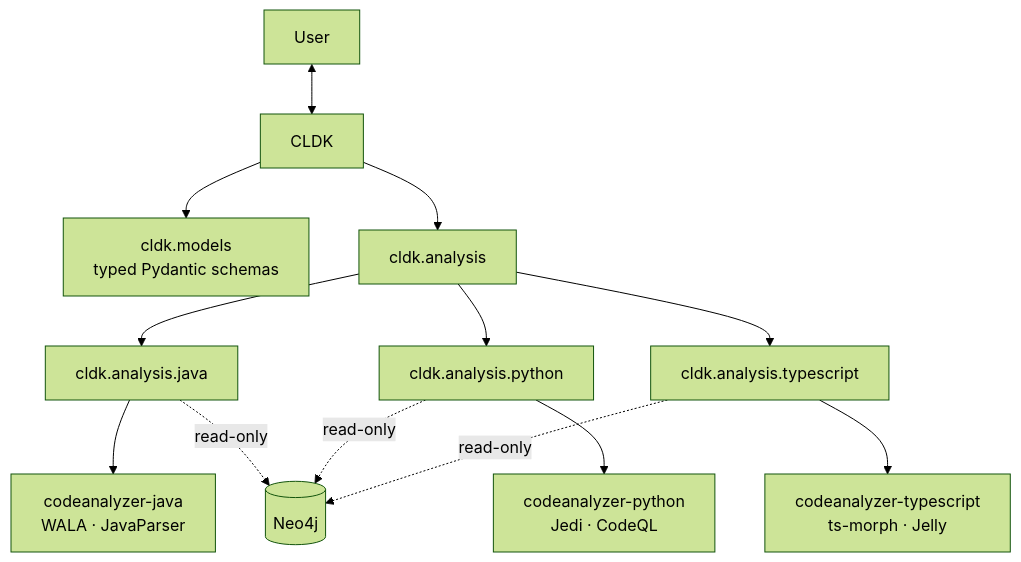
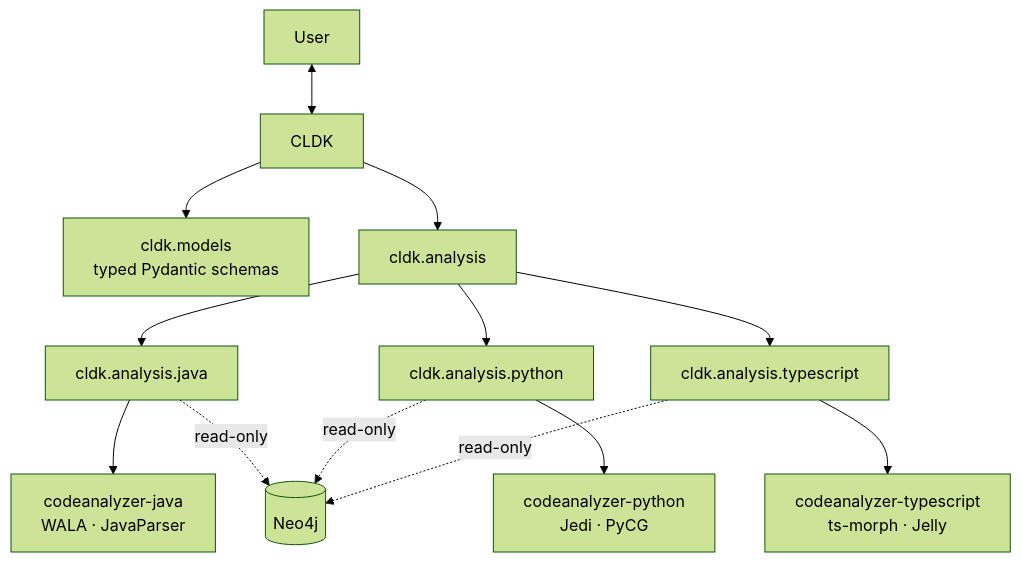
One commit to codellm-devkit/python-sdk changed the diagram in README.md. Above: the diagram before and after it, drawn with Mermaid (forest theme). The commit also changed other lines of this file and 12 other files, not shown here.

First line of the commit message:
feat/python: upgrade to codeanalyzer-python 0.3.0, remove CodeQL (1.4.0) (#186)

````diff
--- a/README.md
+++ b/README.md
@@ -139,18 +139,18 @@
 ```mermaid
 graph TD
     User <--> CLDK
     CLDK --> M[cldk.models<br/>typed Pydantic schemas]
     CLDK --> A[cldk.analysis]
 
     A --> J[cldk.analysis.java]
     A --> P[cldk.analysis.python]
     A --> T[cldk.analysis.typescript]
 
     J --> EJ[codeanalyzer-java<br/>WALA · JavaParser]
-    P --> EP[codeanalyzer-python<br/>Jedi · CodeQL]
+    P --> EP[codeanalyzer-python<br/>Jedi · PyCG]
     T --> ET[codeanalyzer-typescript<br/>ts-morph · Jelly]
 
     J -. read-only .-> N[(Neo4j)]
     P -. read-only .-> N
     T -. read-only .-> N
 ```
````
